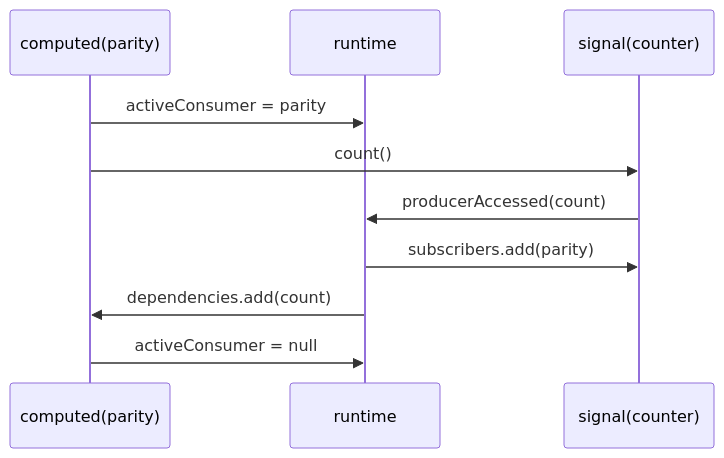
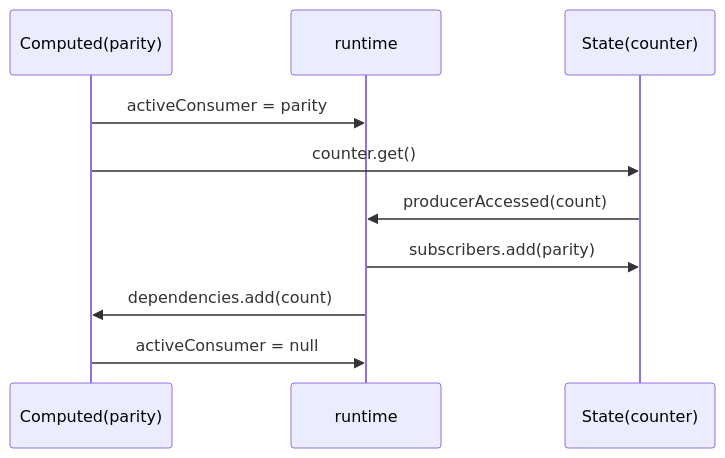
Before and after one commit to nishitaku/frontend-phpcon-do-slide: the first of 3 diagrams in docs/slide.md, drawn with Mermaid. The commit also changed other lines of this file and 4 other files, not shown here.

```diff
--- a/docs/slide.md
+++ b/docs/slide.md
@@ -334,17 +357,17 @@
 <pre class="mermaid">
 sequenceDiagram
-    participant C as computed(parity)
+    participant C as Computed(parity)
     participant R as runtime
-    participant S as signal(counter)
+    participant S as State(counter)
 
     C->>R: activeConsumer = parity
 
-    C->>S: count()
+    C->>S: counter.get()
 
     S->>R: producerAccessed(count)
 
     R->>S: subscribers.add(parity)
     R->>C: dependencies.add(count)
 
     C->>R: activeConsumer = null
 </pre>
```
